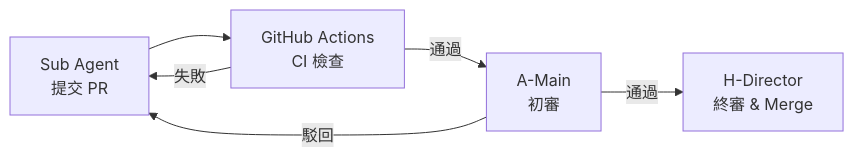
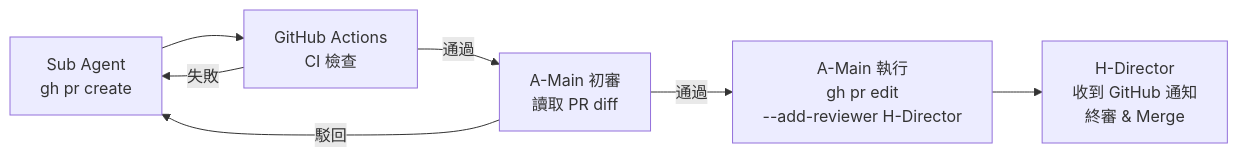
One commit to robin-li/vibe-money-book changed the fourth of 5 diagrams in docs/02-Dev_Plan.md. Above: the diagram before and after it, drawn with Mermaid. The commit also changed other lines of this file, not shown here.

First line of the commit message:
Add Bootstrap PR strategy, H-Director notification mechanism, T-101+T-102 merge rule

````diff
--- a/docs/02-Dev_Plan.md
+++ b/docs/02-Dev_Plan.md
@@ -757,8 +761,9 @@
 ```mermaid
 flowchart LR
-    SUB["Sub Agent<br/>提交 PR"] --> CI["GitHub Actions<br/>CI 檢查"]
-    CI -->|通過| MAIN["A-Main<br/>初審"]
+    SUB["Sub Agent<br/>gh pr create"] --> CI["GitHub Actions<br/>CI 檢查"]
+    CI -->|通過| MAIN["A-Main 初審<br/>讀取 PR diff"]
     CI -->|失敗| SUB
-    MAIN -->|通過| DIR["H-Director<br/>終審 & Merge"]
+    MAIN -->|通過| REQ["A-Main 執行<br/>gh pr edit<br/>--add-reviewer H-Director"]
+    REQ --> DIR["H-Director<br/>收到 GitHub 通知<br/>終審 & Merge"]
     MAIN -->|駁回| SUB
 ```
````
